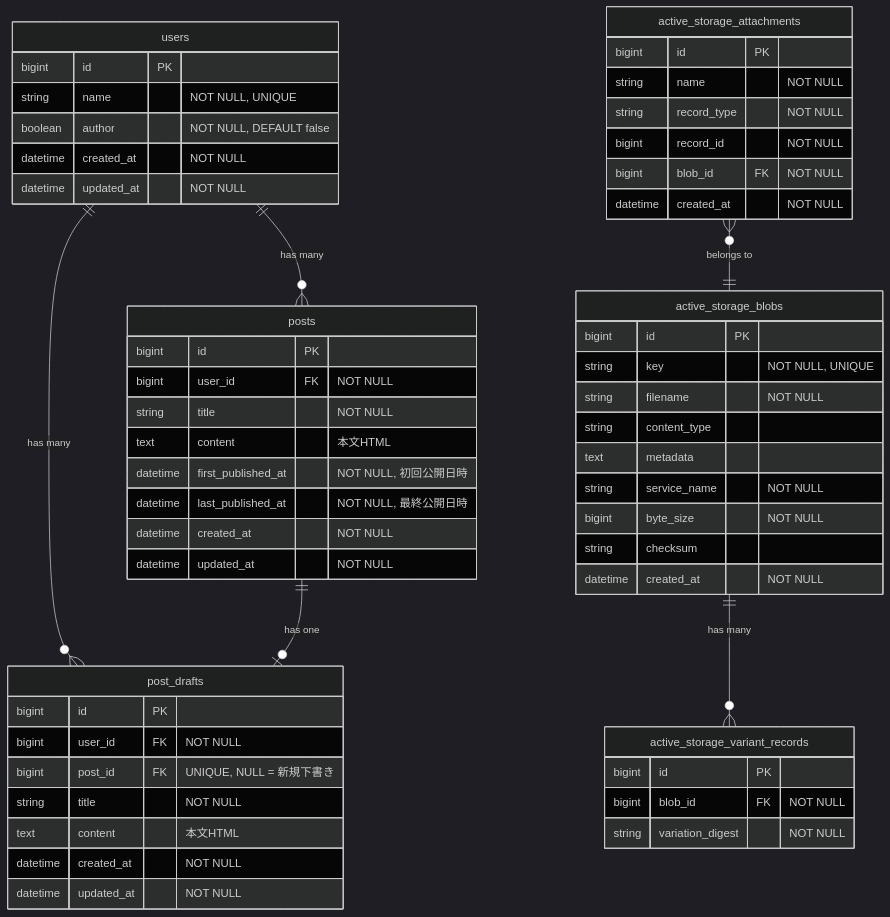
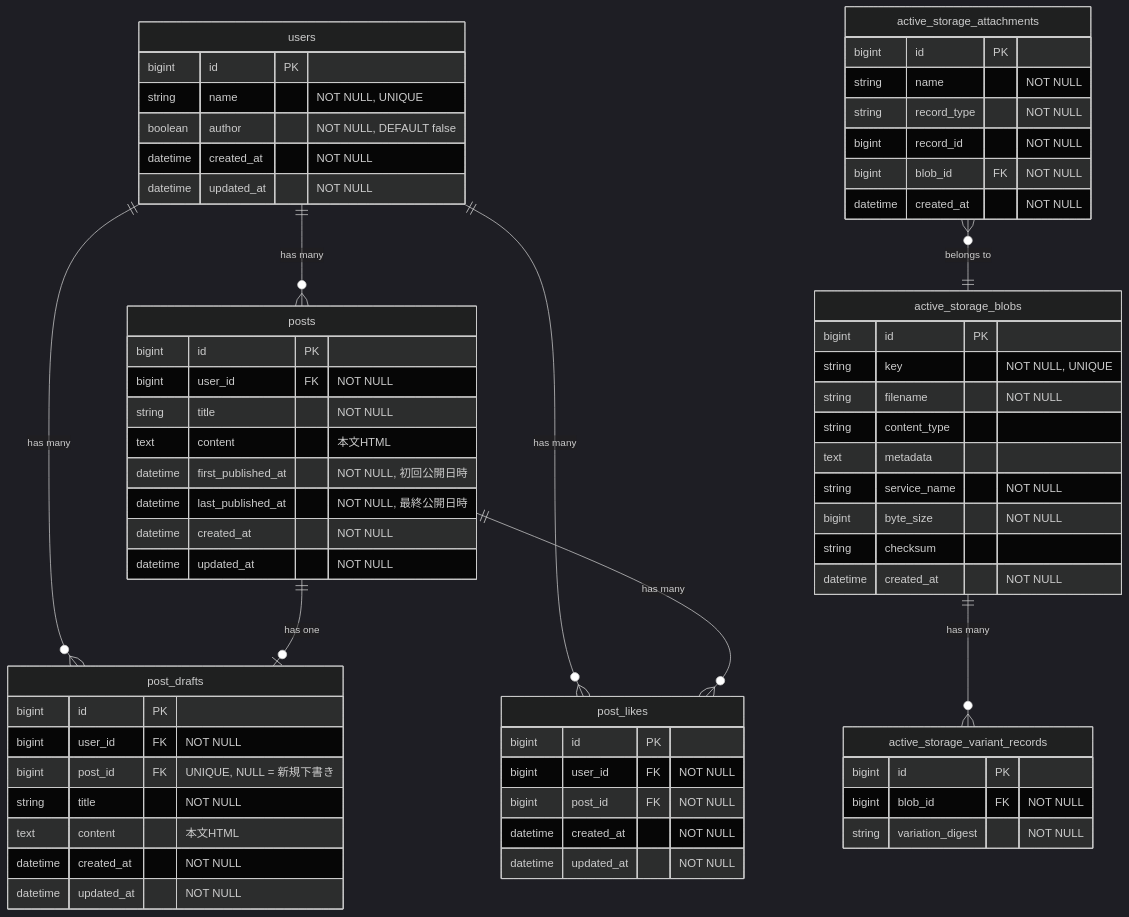
The diagram in docs/blogs/posts_function.md (Okunichiyou/rails-blog), drawn with Mermaid (dark theme) before and after one commit. The commit also changed other lines of this file, not shown here.

Commit message:
いいね機能のドキュメントを追記(#107)

````diff
--- a/docs/blogs/posts_function.md
+++ b/docs/blogs/posts_function.md
@@ -5,64 +5,74 @@
 ```mermaid
 erDiagram
     users ||--o{ posts : "has many"
     users ||--o{ post_drafts : "has many"
+    users ||--o{ post_likes : "has many"
     posts ||--o| post_drafts : "has one"
+    posts ||--o{ post_likes : "has many"
     active_storage_attachments }o--|| active_storage_blobs : "belongs to"
     active_storage_blobs ||--o{ active_storage_variant_records : "has many"
 
     users {
         bigint id PK
         string name "NOT NULL, UNIQUE"
         boolean author "NOT NULL, DEFAULT false"
         datetime created_at "NOT NULL"
         datetime updated_at "NOT NULL"
     }
 
     posts {
         bigint id PK
         bigint user_id FK "NOT NULL"
         string title "NOT NULL"
         text content "本文HTML"
         datetime first_published_at "NOT NULL, 初回公開日時"
         datetime last_published_at "NOT NULL, 最終公開日時"
         datetime created_at "NOT NULL"
         datetime updated_at "NOT NULL"
     }
 
     post_drafts {
         bigint id PK
         bigint user_id FK "NOT NULL"
         bigint post_id FK "UNIQUE, NULL = 新規下書き"
         string title "NOT NULL"
         text content "本文HTML"
         datetime created_at "NOT NULL"
         datetime updated_at "NOT NULL"
     }
 
+    post_likes {
+        bigint id PK
+        bigint user_id FK "NOT NULL"
+        bigint post_id FK "NOT NULL"
+        datetime created_at "NOT NULL"
+        datetime updated_at "NOT NULL"
+    }
+
     active_storage_attachments {
         bigint id PK
         string name "NOT NULL"
         string record_type "NOT NULL"
         bigint record_id "NOT NULL"
         bigint blob_id FK "NOT NULL"
         datetime created_at "NOT NULL"
     }
 
     active_storage_blobs {
         bigint id PK
         string key "NOT NULL, UNIQUE"
         string filename "NOT NULL"
         string content_type
         text metadata
         string service_name "NOT NULL"
         bigint byte_size "NOT NULL"
         string checksum
         datetime created_at "NOT NULL"
     }
 
     active_storage_variant_records {
         bigint id PK
         bigint blob_id FK "NOT NULL"
         string variation_digest "NOT NULL"
     }
 ```
````
